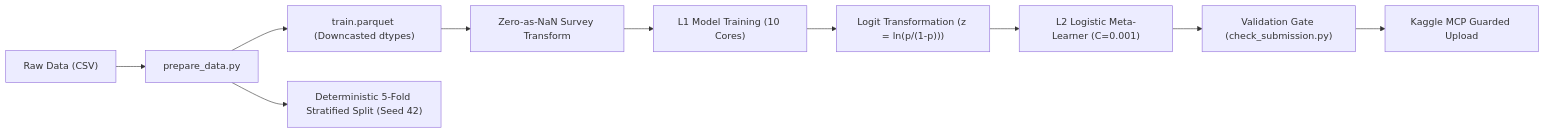
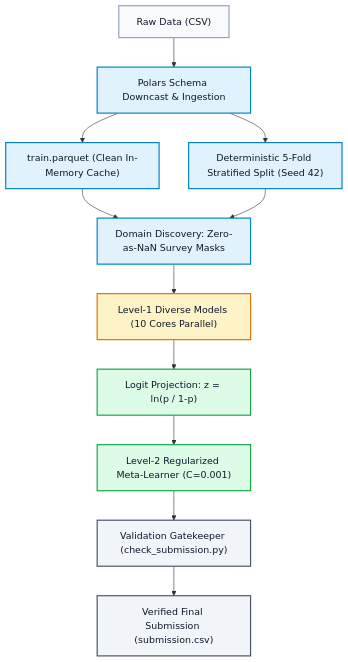
One commit to VijaiKMathew/kaggle-s6e10-airline-satisfaction changed the first of 2 diagrams in WRITEUP.md. Above: the diagram before and after it, drawn with Mermaid. The commit also changed other lines of this file and 3 other files, not shown here.

Commit message:
style: enhance Mermaid diagrams with high-contrast color classes, vertical flow, and clean readable typography

````diff
--- a/WRITEUP.md
+++ b/WRITEUP.md
@@ -72,12 +72,26 @@
 ```mermaid
-flowchart LR
-    A["Raw Data (CSV)"] --> B["prepare_data.py"]
-    B --> C["train.parquet (Downcasted dtypes)"]
+flowchart TD
+    %% Styling
+    classDef input fill:#f8fafc,stroke:#94a3b8,stroke-width:2px,color:#0f172a;
+    classDef prep fill:#e0f2fe,stroke:#0284c7,stroke-width:2px,color:#0f172a;
+    classDef model fill:#fef3c7,stroke:#d97706,stroke-width:2px,color:#0f172a;
+    classDef meta fill:#dcfce7,stroke:#16a34a,stroke-width:2px,color:#0f172a;
+    classDef out fill:#f1f5f9,stroke:#475569,stroke-width:2px,color:#0f172a;
+
+    A["Raw Data (CSV)"] --> B["Polars Schema Downcast & Ingestion"]
+    B --> C["train.parquet (Clean In-Memory Cache)"]
     B --> D["Deterministic 5-Fold Stratified Split (Seed 42)"]
-    C --> E["Zero-as-NaN Survey Transform"]
-    E --> F["L1 Model Training (10 Cores)"]
-    F --> G["Logit Transformation (z = ln(p/(1-p)))"]
-    G --> H["L2 Logistic Meta-Learner (C=0.001)"]
-    H --> I["Validation Gate (check_submission.py)"]
-    I --> J["Kaggle MCP Guarded Upload"]
+    C --> E["Domain Discovery: Zero-as-NaN Survey Masks"]
+    D --> E
+    E --> F["Level-1 Diverse Models (10 Cores Parallel)"]
+    F --> G["Logit Projection: z = ln(p / 1-p)"]
+    G --> H["Level-2 Regularized Meta-Learner (C=0.001)"]
+    H --> I["Validation Gatekeeper (check_submission.py)"]
+    I --> J["Verified Final Submission (submission.csv)"]
+
+    class A input;
+    class B,C,D,E prep;
+    class F model;
+    class G,H meta;
+    class I,J out;
 ```
````
